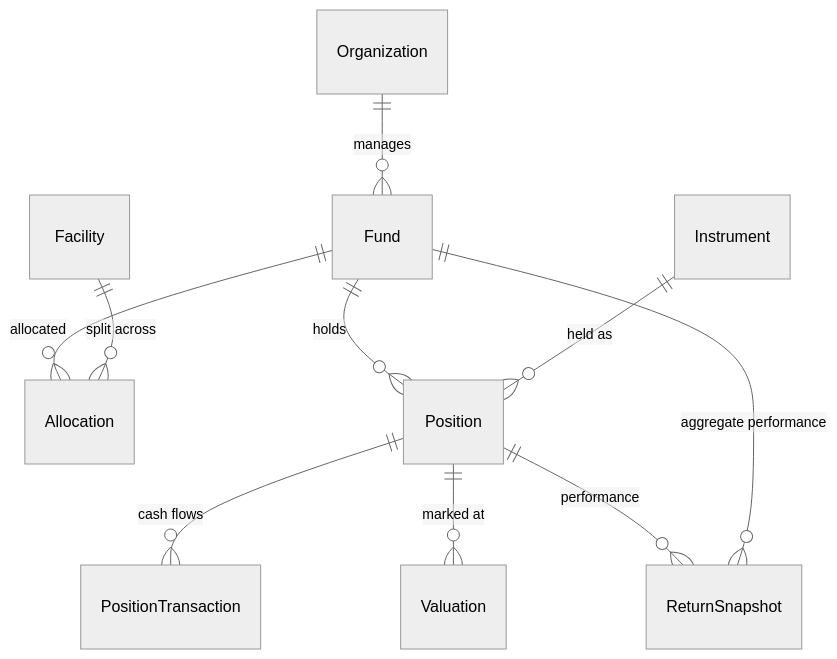
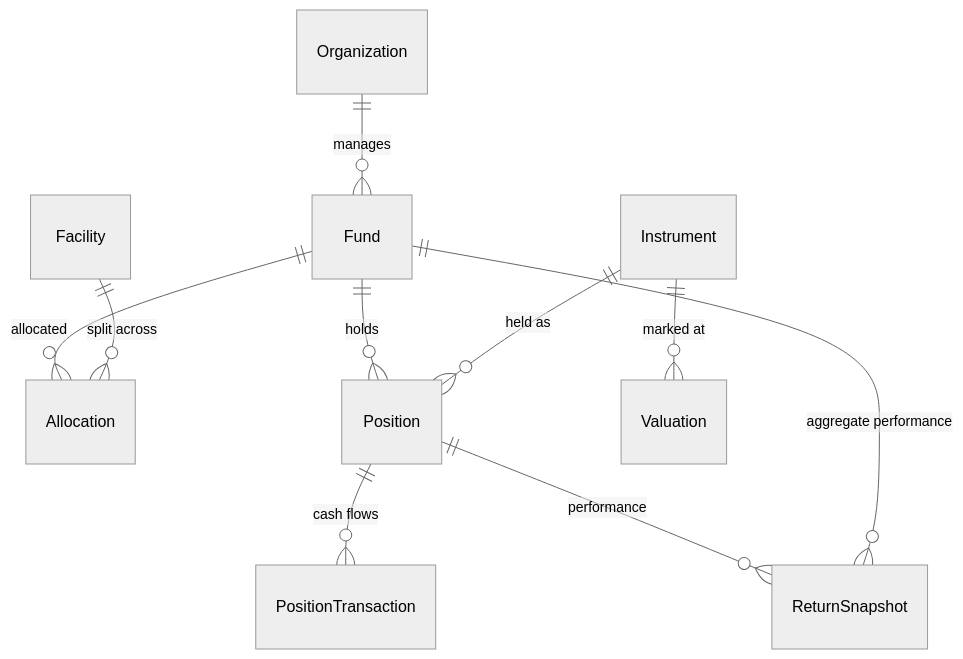
Before and after one commit to nighthawk6389/pvt-credit-poc: the sixth of 7 diagrams in docs/data-model/README.md, drawn with Mermaid (neutral theme). The commit also changed other lines of this file and 7 other files, not shown here.

````diff
--- a/docs/data-model/README.md
+++ b/docs/data-model/README.md
@@ -219,12 +223,12 @@
 ```mermaid
 erDiagram
   Organization ||--o{ Fund : "manages"
   Fund ||--o{ Allocation : "allocated"
   Facility ||--o{ Allocation : "split across"
   Fund ||--o{ Position : "holds"
   Instrument ||--o{ Position : "held as"
   Position ||--o{ PositionTransaction : "cash flows"
-  Position ||--o{ Valuation : "marked at"
+  Instrument ||--o{ Valuation : "marked at"
   Position ||--o{ ReturnSnapshot : "performance"
   Fund ||--o{ ReturnSnapshot : "aggregate performance"
 ```
````
